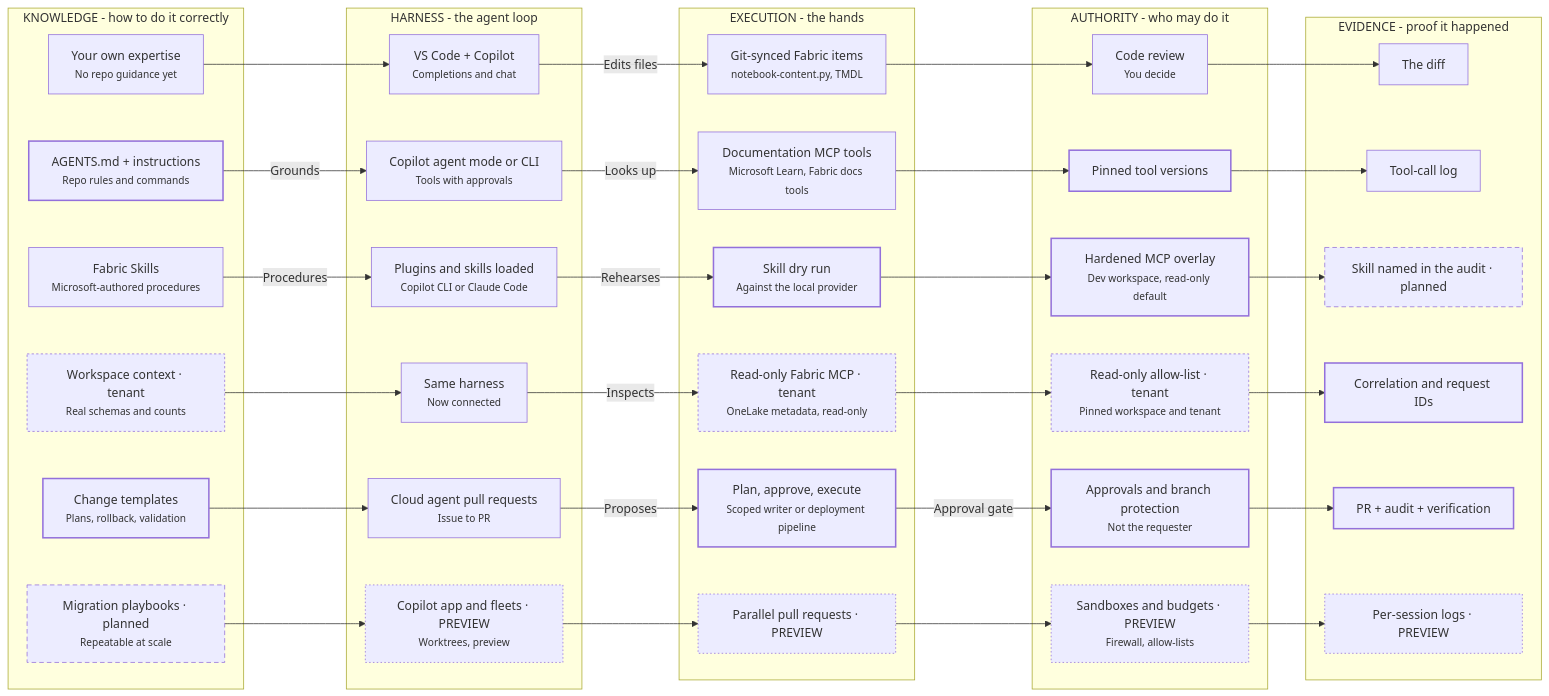
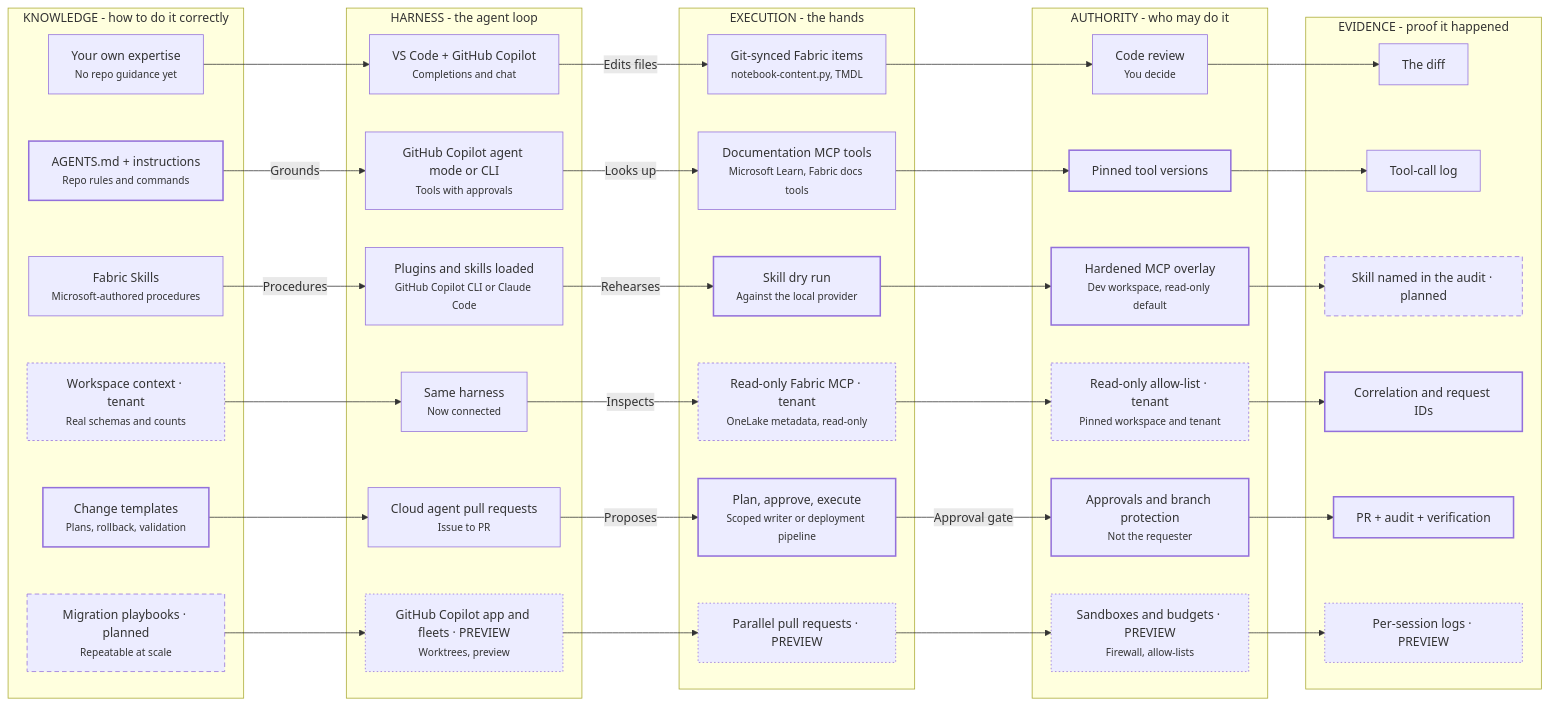
One commit to honestypugh2/fabric-foundry-integration-accelerator changed the diagram in docs/architecture/agentic-data-engineering.md. Above: the diagram before and after it, drawn with Mermaid. The commit also changed other lines of this file and 186 other files, not shown here.

First line of the commit message:
Polish sharing docs and GitHub Copilot branding

````diff
--- a/docs/architecture/agentic-data-engineering.md
+++ b/docs/architecture/agentic-data-engineering.md
@@ -24,78 +24,78 @@
 ```mermaid
 flowchart LR
   subgraph knowledge["KNOWLEDGE - how to do it correctly"]
     l1_know["Your own expertise<br/><small>No repo guidance yet</small>"]
     l2_know["AGENTS.md + instructions<br/><small>Repo rules and commands</small>"]
     l3_know["Fabric Skills<br/><small>Microsoft-authored procedures</small>"]
     l4_know["Workspace context · tenant<br/><small>Real schemas and counts</small>"]
     l5_know["Change templates<br/><small>Plans, rollback, validation</small>"]
     l6_know["Migration playbooks · planned<br/><small>Repeatable at scale</small>"]
   end
   subgraph harness["HARNESS - the agent loop"]
-    l1_harness["VS Code + Copilot<br/><small>Completions and chat</small>"]
-    l2_harness["Copilot agent mode or CLI<br/><small>Tools with approvals</small>"]
-    l3_harness["Plugins and skills loaded<br/><small>Copilot CLI or Claude Code</small>"]
+    l1_harness["VS Code + GitHub Copilot<br/><small>Completions and chat</small>"]
+    l2_harness["GitHub Copilot agent mode or CLI<br/><small>Tools with approvals</small>"]
+    l3_harness["Plugins and skills loaded<br/><small>GitHub Copilot CLI or Claude Code</small>"]
     l4_harness["Same harness<br/><small>Now connected</small>"]
     l5_harness["Cloud agent pull requests<br/><small>Issue to PR</small>"]
-    l6_harness["Copilot app and fleets · PREVIEW<br/><small>Worktrees, preview</small>"]
+    l6_harness["GitHub Copilot app and fleets · PREVIEW<br/><small>Worktrees, preview</small>"]
   end
   subgraph execution["EXECUTION - the hands"]
     l1_exec["Git-synced Fabric items<br/><small>notebook-content.py, TMDL</small>"]
     l2_exec["Documentation MCP tools<br/><small>Microsoft Learn, Fabric docs tools</small>"]
     l3_exec["Skill dry run<br/><small>Against the local provider</small>"]
     l4_exec["Read-only Fabric MCP · tenant<br/><small>OneLake metadata, read-only</small>"]
     l5_exec["Plan, approve, execute<br/><small>Scoped writer or deployment pipeline</small>"]
     l6_exec["Parallel pull requests · PREVIEW"]
   end
   subgraph authority["AUTHORITY - who may do it"]
     l1_auth["Code review<br/><small>You decide</small>"]
     l2_auth["Pinned tool versions"]
     l3_auth["Hardened MCP overlay<br/><small>Dev workspace, read-only default</small>"]
     l4_auth["Read-only allow-list · tenant<br/><small>Pinned workspace and tenant</small>"]
     l5_auth["Approvals and branch protection<br/><small>Not the requester</small>"]
     l6_auth["Sandboxes and budgets · PREVIEW<br/><small>Firewall, allow-lists</small>"]
   end
   subgraph evidence["EVIDENCE - proof it happened"]
     l1_evidence["The diff"]
     l2_evidence["Tool-call log"]
     l3_evidence["Skill named in the audit · planned"]
     l4_evidence["Correlation and request IDs"]
     l5_evidence["PR + audit + verification"]
     l6_evidence["Per-session logs · PREVIEW"]
   end
   l1_know --> l1_harness
   l1_harness -->|Edits files| l1_exec
   l1_exec --> l1_auth
   l1_auth --> l1_evidence
   l2_know -->|Grounds| l2_harness
   l2_harness -->|Looks up| l2_exec
   l2_exec --> l2_auth
   l2_auth --> l2_evidence
   l3_know -->|Procedures| l3_harness
   l3_harness -->|Rehearses| l3_exec
   l3_exec --> l3_auth
   l3_auth --> l3_evidence
   l4_know --> l4_harness
   l4_harness -->|Inspects| l4_exec
   l4_exec --> l4_auth
   l4_auth --> l4_evidence
   l5_know --> l5_harness
   l5_harness -->|Proposes| l5_exec
   l5_exec -->|Approval gate| l5_auth
   l5_auth --> l5_evidence
   l6_know --> l6_harness
   l6_harness --> l6_exec
   l6_exec --> l6_auth
   l6_auth --> l6_evidence
   class l1_know,l1_harness,l1_exec,l1_auth,l1_evidence,l2_harness,l2_exec,l2_evidence,l3_know,l3_harness,l4_harness,l5_harness documented
   class l2_know,l2_auth,l3_exec,l3_auth,l4_evidence,l5_know,l5_exec,l5_auth,l5_evidence implemented
   class l3_evidence,l6_know planned
   class l6_harness,l6_exec,l6_auth,l6_evidence preview
   class l4_know,l4_exec,l4_auth tenant_validation
   classDef implemented stroke-width:2px
   classDef planned stroke-dasharray: 6 4
   classDef preview stroke-dasharray: 2 3
   classDef optional stroke-dasharray: 8 4
   classDef documented stroke-width:1px
   classDef tenant_validation stroke-dasharray: 3 3
 ```
````
